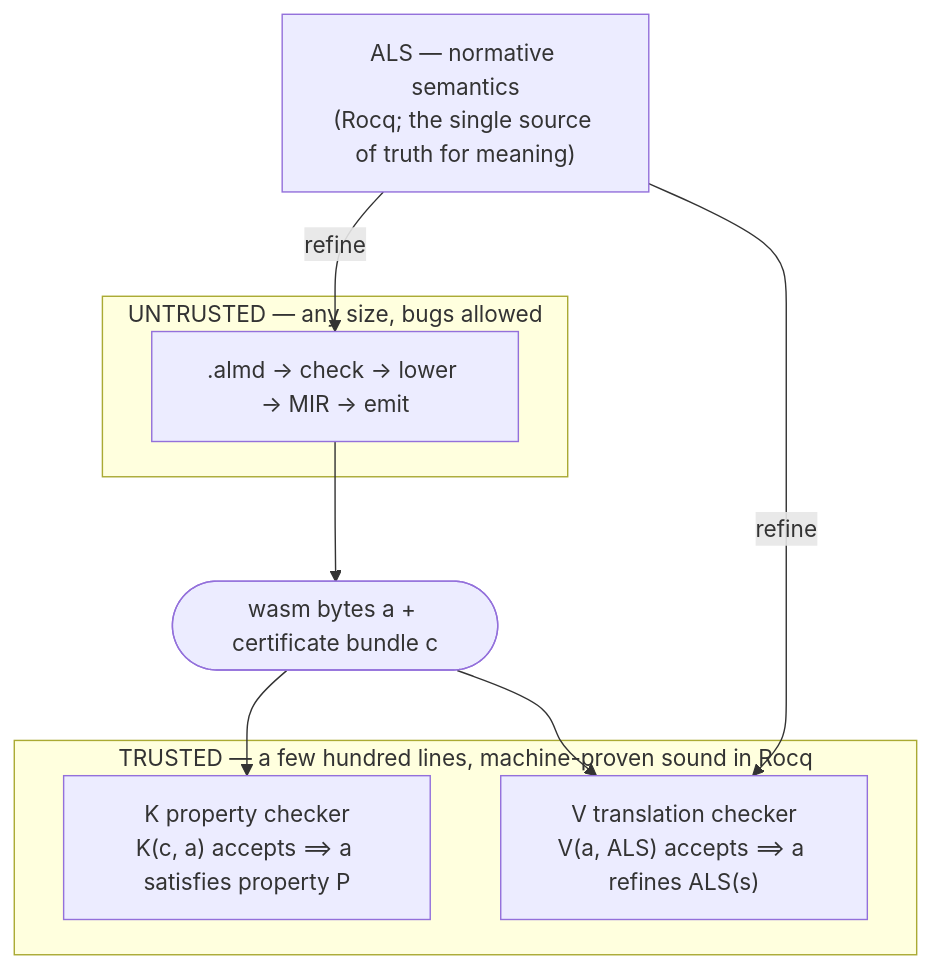
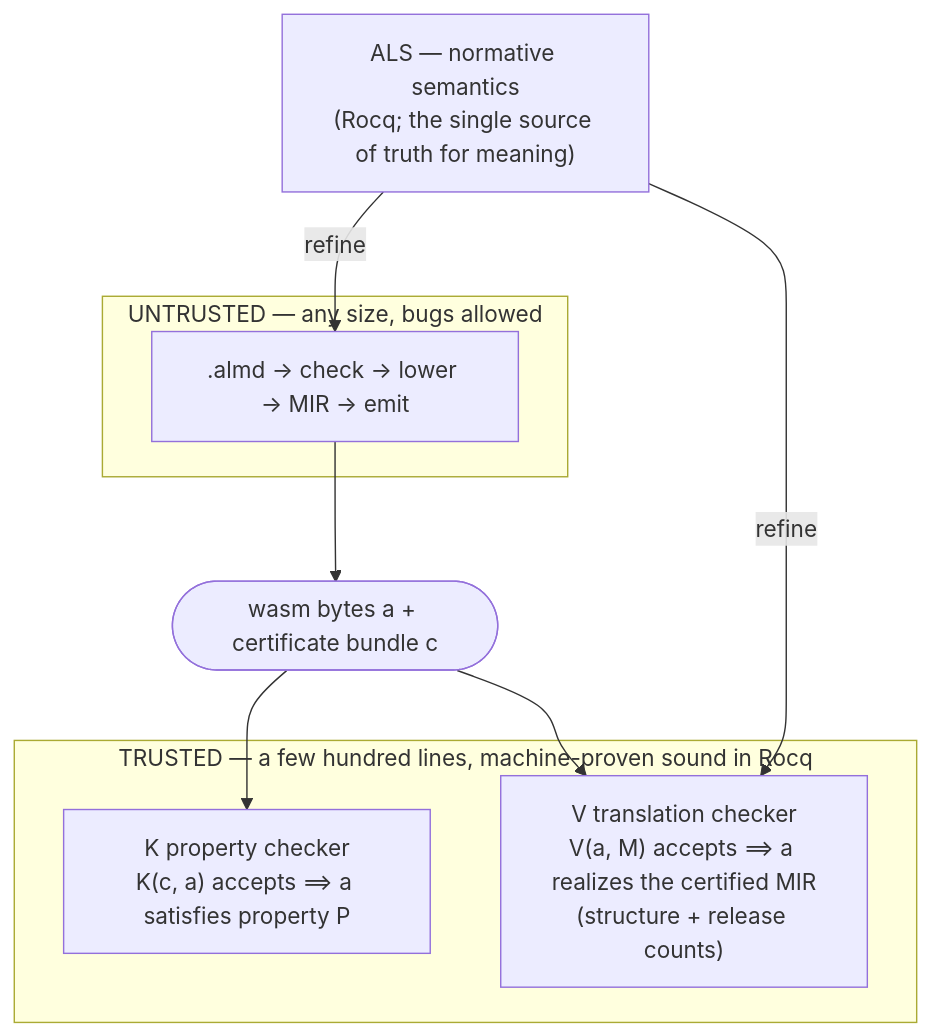
One commit to almide/almide changed the diagram in docs/TRUST-SPINE.md. Above: the diagram before and after it, drawn with Mermaid. The commit also changed other lines of this file and 3 other files, not shown here.

Commit message:
Say what is proven and what is trusted in the README and TRUST-SPINE, and derive the checker size and theorem counts so the numbers cannot drift

````diff
--- a/docs/TRUST-SPINE.md
+++ b/docs/TRUST-SPINE.md
@@ -23,21 +23,21 @@
 ```mermaid
 flowchart TB
     ALS["ALS — normative semantics<br/>(Rocq; the single source of truth for meaning)"]
 
     subgraph U["UNTRUSTED — any size, bugs allowed"]
         P[".almd → check → lower → MIR → emit"]
     end
 
     A(["wasm bytes a + certificate bundle c"])
 
     subgraph T["TRUSTED — a few hundred lines, machine-proven sound in Rocq"]
         K["K property checker<br/>K(c, a) accepts ⟹ a satisfies property P"]
-        V["V translation checker<br/>V(a, ALS) accepts ⟹ a refines ALS(s)"]
+        V["V translation checker<br/>V(a, M) accepts ⟹ a realizes the certified MIR<br/>(structure + release counts)"]
     end
 
     ALS -->|refine| P
     P --> A
     A --> K
     A --> V
     ALS -->|refine| V
 ```
````
